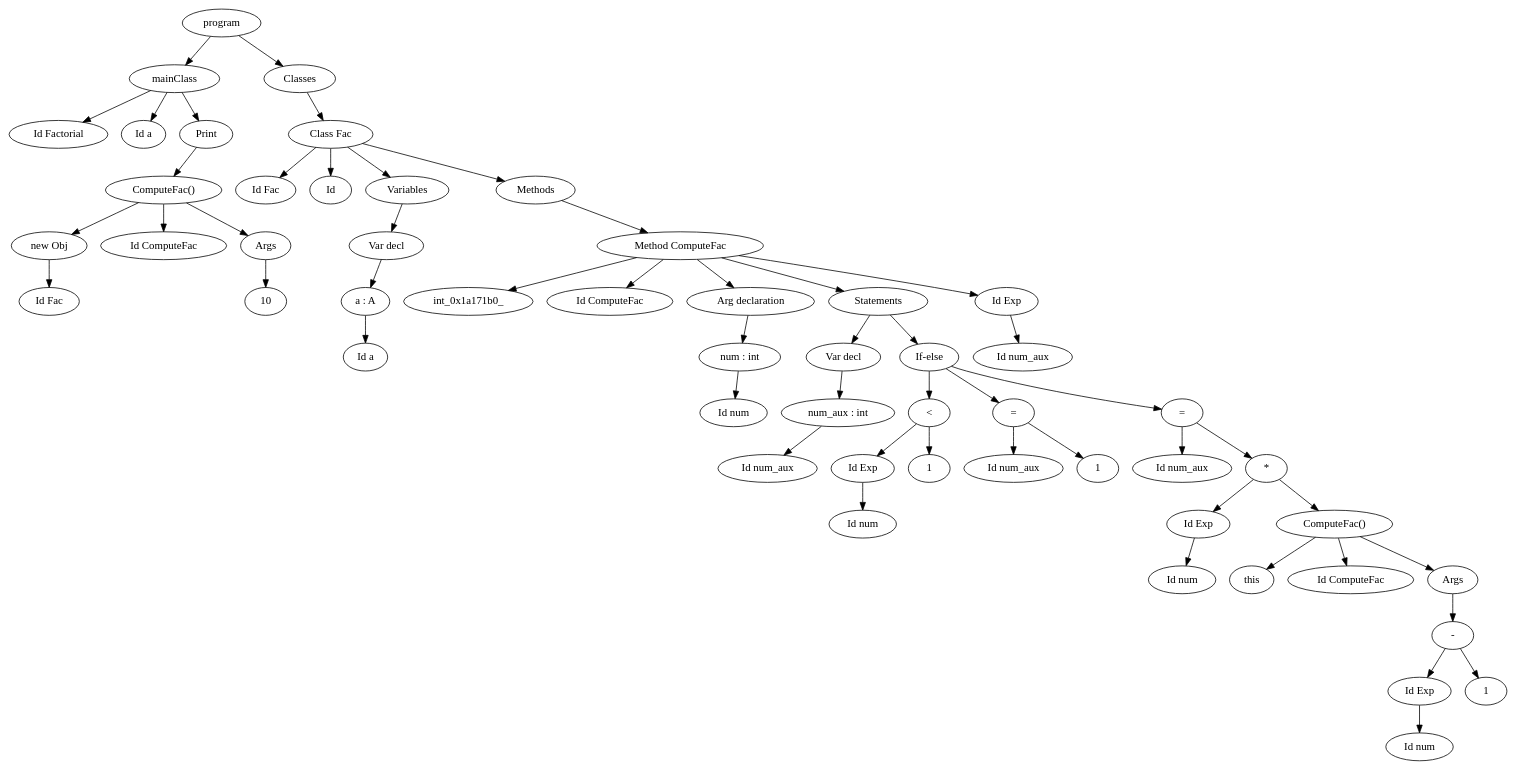
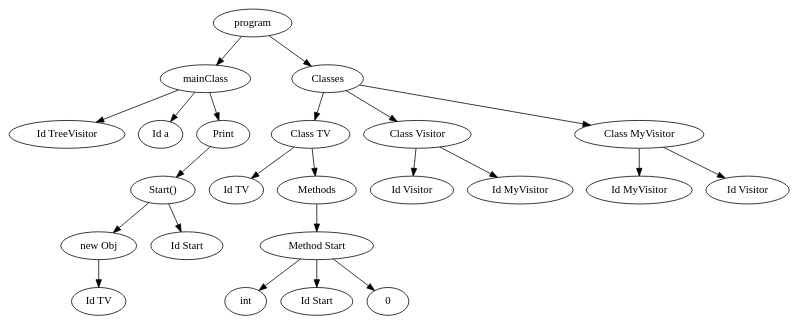
One commit to ksenull/MiniJavac changed the diagram in ast/graph.dot. Above: the diagram before and after it, drawn with Graphviz. The commit also changed 17 other files, not shown here.

```diff
--- a/ast/graph.dot
+++ b/ast/graph.dot
@@ -1,76 +1,37 @@
 digraph G {
-program -> mainClass -> id_Factorial_0x1a16fa8;
-id_Factorial_0x1a16fa8[label="Id Factorial"];
-mainClass -> id_a_0x1a16fc8;
-id_a_0x1a16fc8[label="Id a"];
-mainClass -> Print_0x1a16f60 -> Call_0x1a16f10 -> New_Object_0x1a16e70 -> id_Fac_0x1a16e88;
-id_Fac_0x1a16e88[label="Id Fac"];
-New_Object_0x1a16e70[label="new Obj"];
-Call_0x1a16f10 -> id_ComputeFac_0x1a16f30;
-id_ComputeFac_0x1a16f30[label="Id ComputeFac"];
-Call_0x1a16f10 -> Arguments_0x1a16eb0 -> constant_0x1a0bcd0
-constant_0x1a0bcd0[label="10"];
-Arguments_0x1a16eb0[label="Args"];
-Call_0x1a16f10[label="ComputeFac()"];
-Print_0x1a16f60[label="Print"];
-program -> Class_list_0x1a17000 -> Class_0x1a17920 -> id_Fac_0x1a17938;
-id_Fac_0x1a17938[label="Id Fac"];
-Class_0x1a17920 -> id__0x1a17958;
-id__0x1a17958[label="Id "];
-Class_0x1a17920 -> Vars_list_0x1a17040 -> var_statement_0x1a17120 -> var_0x1a170d0 -> id_a_0x1a170f0;
-id_a_0x1a170f0[label="Id a"];
-var_0x1a170d0[label="a : A"];
-var_statement_0x1a17120[label="Var decl"];
-Vars_list_0x1a17040[label="Variables"];
-Class_0x1a17920 -> Methods_0x1a17170 -> Method_0x1a178c0 -> int_0x1a171b0_;
-Method_0x1a178c0 -> id_ComputeFac_0x1a178d8;
-id_ComputeFac_0x1a178d8[label="Id ComputeFac"];
-Method_0x1a178c0 -> Argument_declarations_0x1a172a0 -> var_0x1a17250 -> id_num_0x1a17270;
-id_num_0x1a17270[label="Id num"];
-var_0x1a17250[label="num : int"];
-Argument_declarations_0x1a172a0[label="Arg declaration"];
-Method_0x1a178c0 -> Statements_0x1a17300 -> var_statement_0x1a173e0 -> var_0x1a17390 -> id_num_aux_0x1a173b0;
-id_num_aux_0x1a173b0[label="Id num_aux"];
-var_0x1a17390[label="num_aux : int"];
-var_statement_0x1a173e0[label="Var decl"];
-Statements_0x1a17300[label="Statements"];
-Statements_0x1a17300 -> If_0x1a17810 -> Less_0x1a174b0 -> IdExp_0x1a17430 -> id_num_0x1a17448;
-id_num_0x1a17448[label="Id num"];
-IdExp_0x1a17430[label="Id Exp"];
-Less_0x1a174b0 -> constant_0x1a17480
-constant_0x1a17480[label="1"];
-Less_0x1a174b0[label="<"];
-If_0x1a17810 -> Assign_0x1a17520 -> id_num_aux_0x1a17538;
-id_num_aux_0x1a17538[label="Id num_aux"];
-Assign_0x1a17520 -> constant_0x1a174f0
-constant_0x1a174f0[label="1"];
-Assign_0x1a17520[label="="];
-If_0x1a17810 -> Assign_0x1a177c0 -> id_num_aux_0x1a177d8;
-id_num_aux_0x1a177d8[label="Id num_aux"];
-Assign_0x1a177c0 -> Multiply_0x1a17780 -> IdExp_0x1a17570 -> id_num_0x1a17588;
-id_num_0x1a17588[label="Id num"];
-IdExp_0x1a17570[label="Id Exp"];
-Multiply_0x1a17780 -> Call_0x1a17730 -> IdExp_0x1a175c0;
-IdExp_0x1a175c0[label="this"];
-Call_0x1a17730 -> id_ComputeFac_0x1a17750;
-id_ComputeFac_0x1a17750[label="Id ComputeFac"];
-Call_0x1a17730 -> Arguments_0x1a176d0 -> Minus_0x1a17690 -> IdExp_0x1a17610 -> id_num_0x1a17628;
-id_num_0x1a17628[label="Id num"];
-IdExp_0x1a17610[label="Id Exp"];
-Minus_0x1a17690 -> constant_0x1a17660
-constant_0x1a17660[label="1"];
-Minus_0x1a17690[label="-"];
-Arguments_0x1a176d0[label="Args"];
-Call_0x1a17730[label="ComputeFac()"];
-Multiply_0x1a17780[label="*"];
-Assign_0x1a177c0[label="="];
-If_0x1a17810[label="If-else"];
-Statements_0x1a17300[label="Statements"];
-Method_0x1a178c0 -> IdExp_0x1a17870 -> id_num_aux_0x1a17888;
-id_num_aux_0x1a17888[label="Id num_aux"];
-IdExp_0x1a17870[label="Id Exp"];
-Method_0x1a178c0[label="Method ComputeFac"];
-Methods_0x1a17170[label="Methods"];
-Class_0x1a17920[label="Class Fac"];
-Class_list_0x1a17000[label="Classes"];
+program -> mainClass -> id_TreeVisitor_0x251af58;
+id_TreeVisitor_0x251af58[label="Id TreeVisitor"];
+mainClass -> id_a_0x251af78;
+id_a_0x251af78[label="Id a"];
+mainClass -> print_250fcd0 -> call_251aef0 -> new_obj_251ae70 -> id_TV_0x251ae88;
+id_TV_0x251ae88[label="Id TV"];
+new_obj_251ae70[label="new Obj"];
+call_251aef0 -> id_Start_0x251af10;
+id_Start_0x251af10[label="Id Start"];
+call_251aef0[label="Start()"];
+print_250fcd0[label="Print"];
+program -> classes_251afb0 -> class_251b1f0 -> id_TV_0x251b208;
+id_TV_0x251b208[label="Id TV"];
+class_251b1f0 -> methods__251b030 -> method_251b170 -> int_251b070;
+int_251b070[label="int"];
+method_251b170 -> id_Start_0x251b188;
+id_Start_0x251b188[label="Id Start"];
+method_251b170 -> const_251b140;
+const_251b140[label="0"];
+method_251b170[label="Method Start"];
+methods__251b030[label="Methods"];
+class_251b1f0[label="Class TV"];
+classes_251afb0[label="Classes"];
+classes_251afb0 -> class_251b300 -> id_Visitor_0x251b318;
+id_Visitor_0x251b318[label="Id Visitor"];
+class_251b300 -> id_MyVisitor_0x251b338;
+id_MyVisitor_0x251b338[label="Id MyVisitor"];
+class_251b300[label="Class Visitor"];
+classes_251afb0[label="Classes"];
+classes_251afb0 -> class_251b410 -> id_MyVisitor_0x251b428;
+id_MyVisitor_0x251b428[label="Id MyVisitor"];
+class_251b410 -> id_Visitor_0x251b448;
+id_Visitor_0x251b448[label="Id Visitor"];
+class_251b410[label="Class MyVisitor"];
+classes_251afb0[label="Classes"];
 }
```
